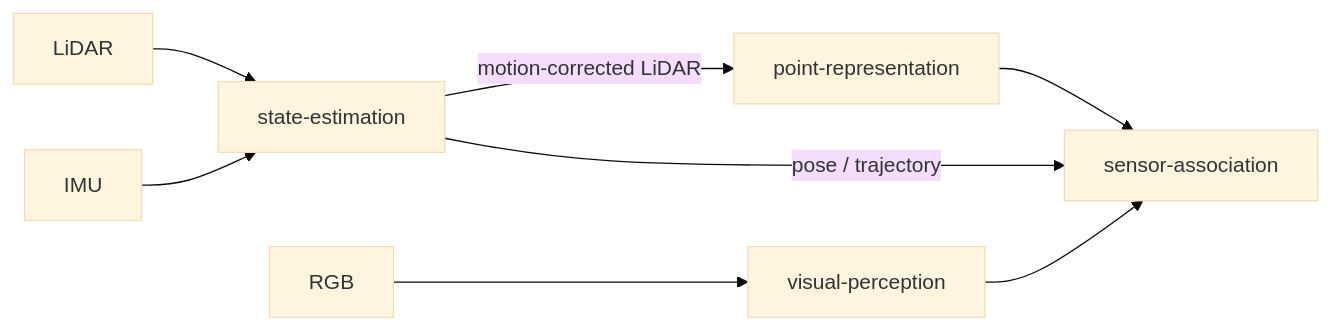
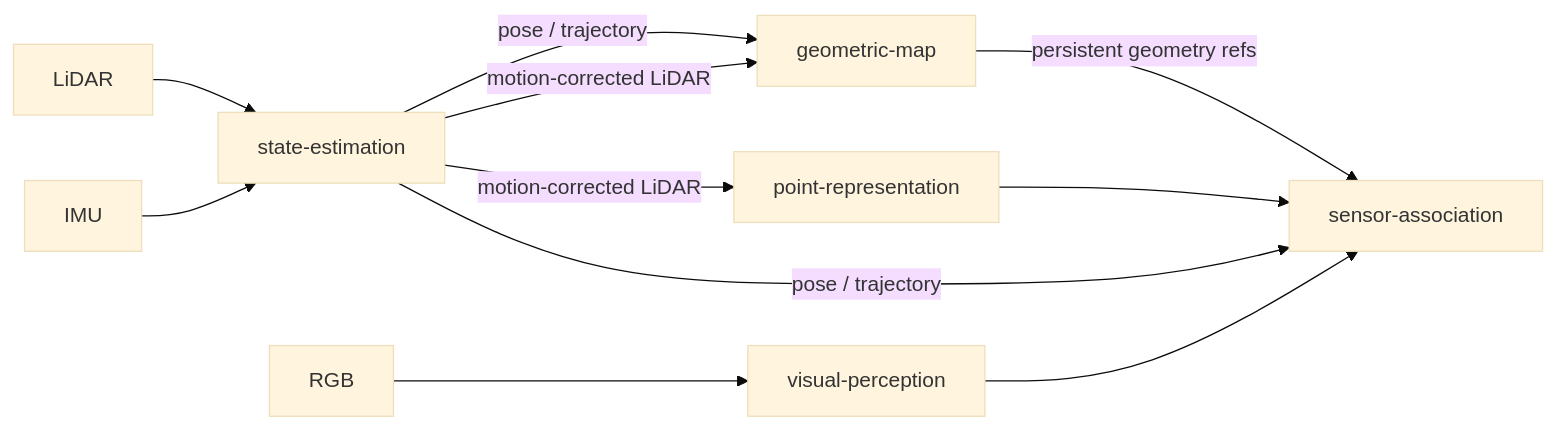
The diagram in docs/architecture.md (Alexandre-Tortoza/contextual-3d-mapping), drawn with Mermaid (base theme) before and after one commit. The commit also changed other lines of this file, not shown here.

Commit message:
docs: extend repository architecture for end-to-end mapping

````diff
--- a/docs/architecture.md
+++ b/docs/architecture.md
@@ -56,12 +70,16 @@
 ```mermaid
 flowchart LR
     L[LiDAR] --> SE[state-estimation]
     I[IMU] --> SE
 
+    SE -->|pose / trajectory| GM[geometric-map]
+    SE -->|motion-corrected LiDAR| GM
+
     SE -->|motion-corrected LiDAR| PR[point-representation]
     SE -->|pose / trajectory| SA[sensor-association]
+    GM -->|persistent geometry refs| SA
 
     RGB[RGB] --> VP[visual-perception]
     VP --> SA
     PR --> SA
 ```
````
